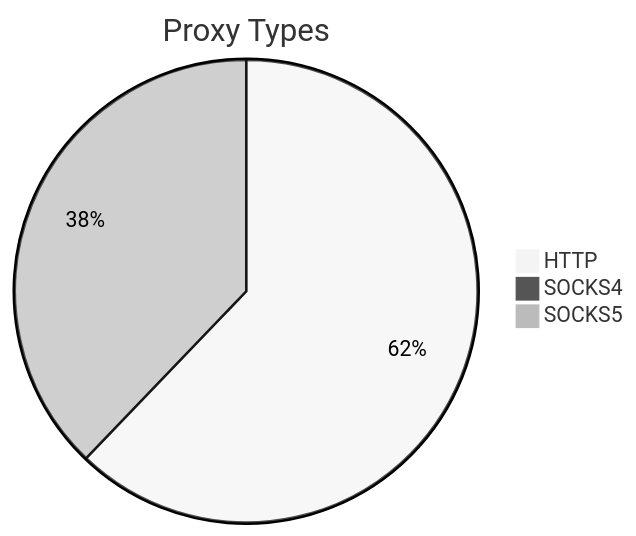
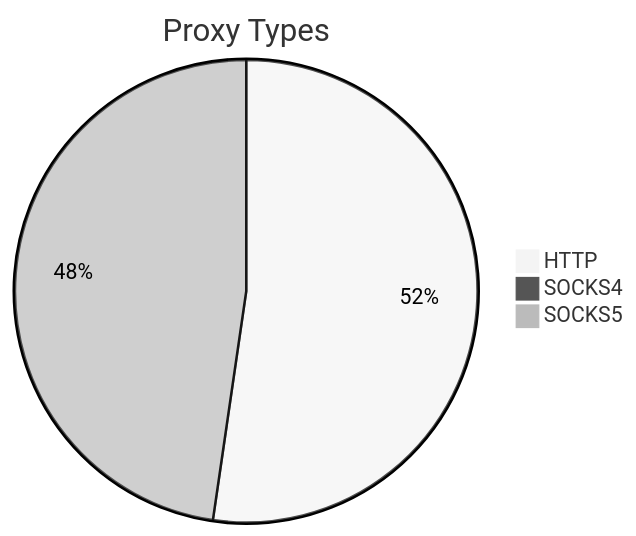
The first of 2 diagrams in README.md (stormsia/proxy-list), drawn with Mermaid (neutral theme) before and after one commit. The commit also changed other lines of this file, not shown here.

````diff
--- a/README.md
+++ b/README.md
@@ -21,6 +21,6 @@
 ```mermaid
 pie title Proxy Types
-    "HTTP" : 2044
-    "SOCKS4" : 4
-    "SOCKS5" : 1244
+    "HTTP" : 1577
+    "SOCKS4" : 7
+    "SOCKS5" : 1438
 ```
````
